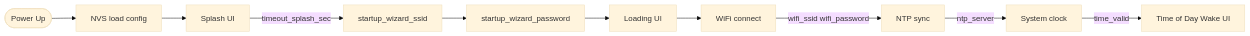
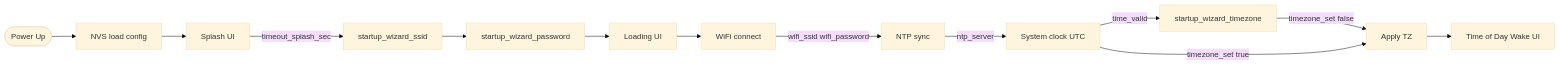
The first of 4 diagrams in docs/data_flow.md (mattlat21/TimeDisk), drawn with Mermaid (base theme) before and after one commit. The commit also changed other lines of this file and 25 other files, not shown here.

Commit message:
Added Timezone Startup Wizard

````diff
--- a/docs/data_flow.md
+++ b/docs/data_flow.md
@@ -13,23 +13,28 @@
 ```mermaid
 flowchart LR
     powerUp([Power Up])
     nvsLoad[NVS load config]
     splash[Splash UI]
     wizardSsid[startup_wizard_ssid]
     wizardPw[startup_wizard_password]
     loading[Loading UI]
     wifi[WiFi connect]
     ntp[NTP sync]
-    rtc[System clock]
+    rtc[System clock UTC]
+    wizardTz[startup_wizard_timezone]
+    applyTz[Apply TZ]
     todUI[Time of Day Wake UI]
 
     powerUp --> nvsLoad
     nvsLoad --> splash
     splash -->|"timeout_splash_sec"| wizardSsid
     wizardSsid --> wizardPw
     wizardPw --> loading
     loading --> wifi
     wifi -->|"wifi_ssid wifi_password"| ntp
     ntp -->|"ntp_server"| rtc
-    rtc -->|"time_valid"| todUI
+    rtc -->|"time_valid"| wizardTz
+    wizardTz -->|"timezone_set false"| applyTz
+    rtc -->|"timezone_set true"| applyTz
+    applyTz --> todUI
 ```
````
